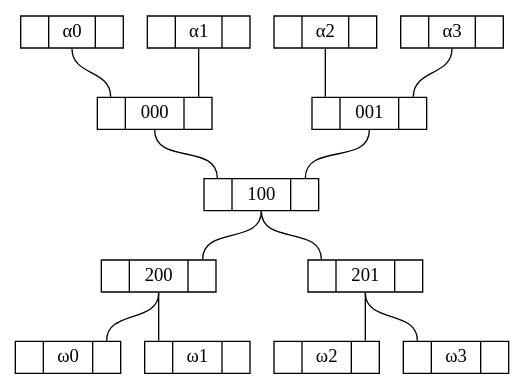
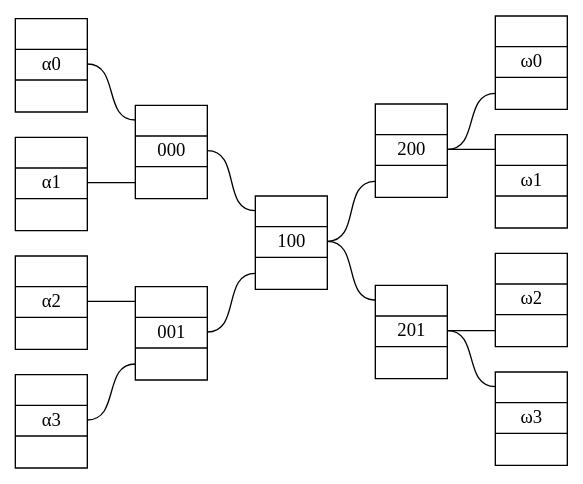
One commit to grootstebozewolf/networks changed the diagram in 4 binairy tree general.gv.dot. Above: the diagram before and after it, drawn with Graphviz. The commit also changed 5 other files, not shown here.

```diff
--- a/4 binairy tree general.gv.dot
+++ b/4 binairy tree general.gv.dot
@@ -1,84 +1,86 @@
 graph "4 binairy tree general" {
-	graph [bb="0,0,346,264"];
+	graph [bb="0,0,414,334",
+		rankdir=LR
+	];
 	node [height=.1,
 		label="\N",
 		shape=record
 	];
-	α00	 [height=0.33333,
+	α00	 [height=0.97222,
 		label="<f0> |<f1> α0|<f2>",
-		pos="39.5,252",
-		rects="4,240.5,24,263.5 24,240.5,55,263.5 55,240.5,75,263.5",
-		width=0.98611];
-	000	 [height=0.33333,
+		pos="27,299",
+		rects="0,310.5,54,333.5 0,287.5,54,310.5 0,264.5,54,287.5",
+		width=0.75];
+	000	 [height=0.97222,
 		label="<f0> |<f1> 000|<f2>",
-		pos="99.5,192",
-		rects="61,180.5,81,203.5 81,180.5,118,203.5 118,180.5,138,203.5",
-		width=1.0694];
-	α00:f1 -- 000:f0	 [pos="39.5,240 39.5,218.89 70.5,225.11 70.5,204"];
-	100	 [height=0.33333,
+		pos="117,234",
+		rects="90,245.5,144,268.5 90,222.5,144,245.5 90,199.5,144,222.5",
+		width=0.75];
+	α00:f1 -- 000:f0	 [pos="54,299 78.585,299 65.415,257 90,257"];
+	100	 [height=0.97222,
 		label="<f0> |<f1> 100|<f2>",
-		pos="172.5,132",
-		rects="134,120.5,154,143.5 154,120.5,191,143.5 191,120.5,211,143.5",
-		width=1.0694];
-	000:f1 -- 100:f0	 [pos="99.5,180 99.5,154.73 143.5,169.27 143.5,144"];
-	α01	 [height=0.33333,
+		pos="207,167",
+		rects="180,178.5,234,201.5 180,155.5,234,178.5 180,132.5,234,155.5",
+		width=0.75];
+	000:f1 -- 100:f0	 [pos="144,234 169.27,234 154.73,190 180,190"];
+	α01	 [height=0.97222,
 		label="<f0> |<f1> α1|<f2>",
-		pos="128.5,252",
-		rects="93,240.5,113,263.5 113,240.5,144,263.5 144,240.5,164,263.5",
-		width=0.98611];
-	α01:f1 -- 000:f2	 [pos="128.5,240 128.5,224 128.5,220 128.5,204"];
-	α10	 [height=0.33333,
+		pos="27,211",
+		rects="0,222.5,54,245.5 0,199.5,54,222.5 0,176.5,54,199.5",
+		width=0.75];
+	α01:f1 -- 000:f2	 [pos="54,211 70,211 74,211 90,211"];
+	α10	 [height=0.97222,
 		label="<f0> |<f1> α2|<f2>",
-		pos="217.5,252",
-		rects="182,240.5,202,263.5 202,240.5,233,263.5 233,240.5,253,263.5",
-		width=0.98611];
-	001	 [height=0.33333,
+		pos="27,123",
+		rects="0,134.5,54,157.5 0,111.5,54,134.5 0,88.5,54,111.5",
+		width=0.75];
+	001	 [height=0.97222,
 		label="<f0> |<f1> 001|<f2>",
-		pos="246.5,192",
-		rects="208,180.5,228,203.5 228,180.5,265,203.5 265,180.5,285,203.5",
-		width=1.0694];
-	α10:f1 -- 001:f0	 [pos="217.5,240 217.5,224 217.5,220 217.5,204"];
-	001:f1 -- 100:f2	 [pos="246.5,180 246.5,154.39 201.5,169.61 201.5,144"];
-	α11	 [height=0.33333,
+		pos="117,100",
+		rects="90,111.5,144,134.5 90,88.5,144,111.5 90,65.5,144,88.5",
+		width=0.75];
+	α10:f1 -- 001:f0	 [pos="54,123 70,123 74,123 90,123"];
+	001:f1 -- 100:f2	 [pos="144,100 169.27,100 154.73,144 180,144"];
+	α11	 [height=0.97222,
 		label="<f0> |<f1> α3|<f2>",
-		pos="306.5,252",
-		rects="271,240.5,291,263.5 291,240.5,322,263.5 322,240.5,342,263.5",
-		width=0.98611];
-	α11:f1 -- 001:f2	 [pos="306.5,240 306.5,218.89 275.5,225.11 275.5,204"];
-	ω00	 [height=0.33333,
+		pos="27,35",
+		rects="0,46.5,54,69.5 0,23.5,54,46.5 0,0.5,54,23.5",
+		width=0.75];
+	α11:f1 -- 001:f2	 [pos="54,35 78.585,35 65.415,77 90,77"];
+	ω00	 [height=0.97222,
 		label="<f0> |<f1> ω0|<f2>",
-		pos="36.5,12",
-		rects="0,0.5,20,23.5 20,0.5,53,23.5 53,0.5,73,23.5",
-		width=1.0139];
-	ω01	 [height=0.33333,
+		pos="387,299",
+		rects="360,310.5,414,333.5 360,287.5,414,310.5 360,264.5,414,287.5",
+		width=0.75];
+	ω01	 [height=0.97222,
 		label="<f0> |<f1> ω1|<f2>",
-		pos="127.5,12",
-		rects="91,0.5,111,23.5 111,0.5,144,23.5 144,0.5,164,23.5",
-		width=1.0139];
-	ω10	 [height=0.33333,
+		pos="387,211",
+		rects="360,222.5,414,245.5 360,199.5,414,222.5 360,176.5,414,199.5",
+		width=0.75];
+	ω10	 [height=0.97222,
 		label="<f0> |<f1> ω2|<f2>",
-		pos="218.5,12",
-		rects="182,0.5,202,23.5 202,0.5,235,23.5 235,0.5,255,23.5",
-		width=1.0139];
-	ω11	 [height=0.33333,
+		pos="387,123",
+		rects="360,134.5,414,157.5 360,111.5,414,134.5 360,88.5,414,111.5",
+		width=0.75];
+	ω11	 [height=0.97222,
 		label="<f0> |<f1> ω3|<f2>",
-		pos="309.5,12",
-		rects="273,0.5,293,23.5 293,0.5,326,23.5 326,0.5,346,23.5",
-		width=1.0139];
-	200	 [height=0.33333,
+		pos="387,35",
+		rects="360,46.5,414,69.5 360,23.5,414,46.5 360,0.5,414,23.5",
+		width=0.75];
+	200	 [height=0.97222,
 		label="<f0> |<f1> 200|<f2>",
-		pos="100.5,72",
-		rects="62,60.5,82,83.5 82,60.5,119,83.5 119,60.5,139,83.5",
-		width=1.0694];
-	100:f1 -- 200:f2	 [pos="172.5,120 172.5,95.075 129.5,108.92 129.5,84"];
-	201	 [height=0.33333,
+		pos="297,234",
+		rects="270,245.5,324,268.5 270,222.5,324,245.5 270,199.5,324,222.5",
+		width=0.75];
+	100:f1 -- 200:f2	 [pos="234,167 259.27,167 244.73,211 270,211"];
+	201	 [height=0.97222,
 		label="<f0> |<f1> 201|<f2>",
-		pos="245.5,72",
-		rects="207,60.5,227,83.5 227,60.5,264,83.5 264,60.5,284,83.5",
-		width=1.0694];
-	100:f1 -- 201:f0	 [pos="172.5,120 172.5,94.733 216.5,109.27 216.5,84"];
-	200:f1 -- ω00:f2	 [pos="100.5,60 100.5,37.056 63.5,46.944 63.5,24"];
-	200:f1 -- ω01:f0	 [pos="100.5,60 100.5,44 100.5,40 100.5,24"];
-	201:f1 -- ω10:f2	 [pos="245.5,60 245.5,44 245.5,40 245.5,24"];
-	201:f1 -- ω11:f0	 [pos="245.5,60 245.5,37.056 282.5,46.944 282.5,24"];
+		pos="297,100",
+		rects="270,111.5,324,134.5 270,88.5,324,111.5 270,65.5,324,88.5",
+		width=0.75];
+	100:f1 -- 201:f0	 [pos="234,167 259.27,167 244.73,123 270,123"];
+	200:f1 -- ω00:f2	 [pos="324,234 348.59,234 335.41,276 360,276"];
+	200:f1 -- ω01:f0	 [pos="324,234 340,234 344,234 360,234"];
+	201:f1 -- ω10:f2	 [pos="324,100 340,100 344,100 360,100"];
+	201:f1 -- ω11:f0	 [pos="324,100 348.59,100 335.41,58 360,58"];
 }
```
